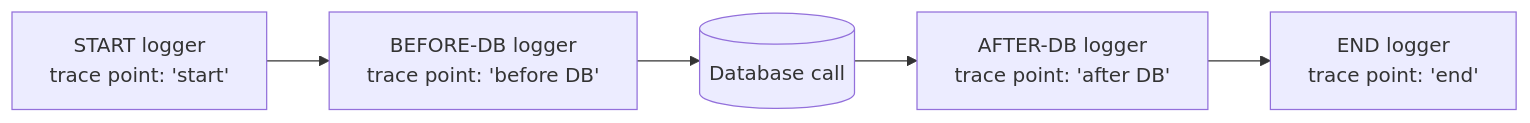
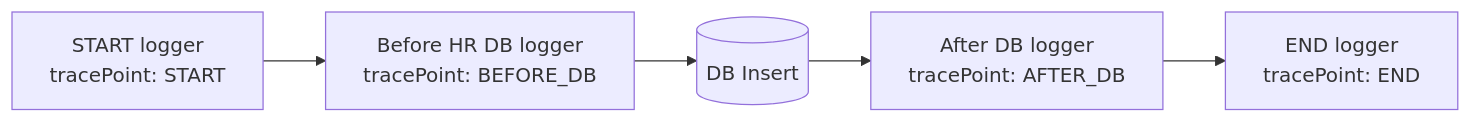
One commit to developerashok99/green-c-mule-notes changed the eighth of 12 diagrams in detailed-notes/day28.md. Above: the diagram before and after it, drawn with Mermaid. The commit also changed other lines of this file and 1 other file, not shown here.

````diff
--- a/detailed-notes/day28.md
+++ b/detailed-notes/day28.md
@@ -111,7 +118,7 @@
 ```mermaid
 flowchart LR
-    Start["START logger<br/>trace point: 'start'"] --> BeforeDB["BEFORE-DB logger<br/>trace point: 'before DB'"]
-    BeforeDB --> DB[("Database call")]
-    DB --> AfterDB["AFTER-DB logger<br/>trace point: 'after DB'"]
-    AfterDB --> End["END logger<br/>trace point: 'end'"]
+    Start["START logger<br/>tracePoint: START"] --> BeforeDB["Before HR DB logger<br/>tracePoint: BEFORE_DB"]
+    BeforeDB --> DB[("DB Insert")]
+    DB --> AfterDB["After DB logger<br/>tracePoint: AFTER_DB"]
+    AfterDB --> End["END logger<br/>tracePoint: END"]
 ```
````
